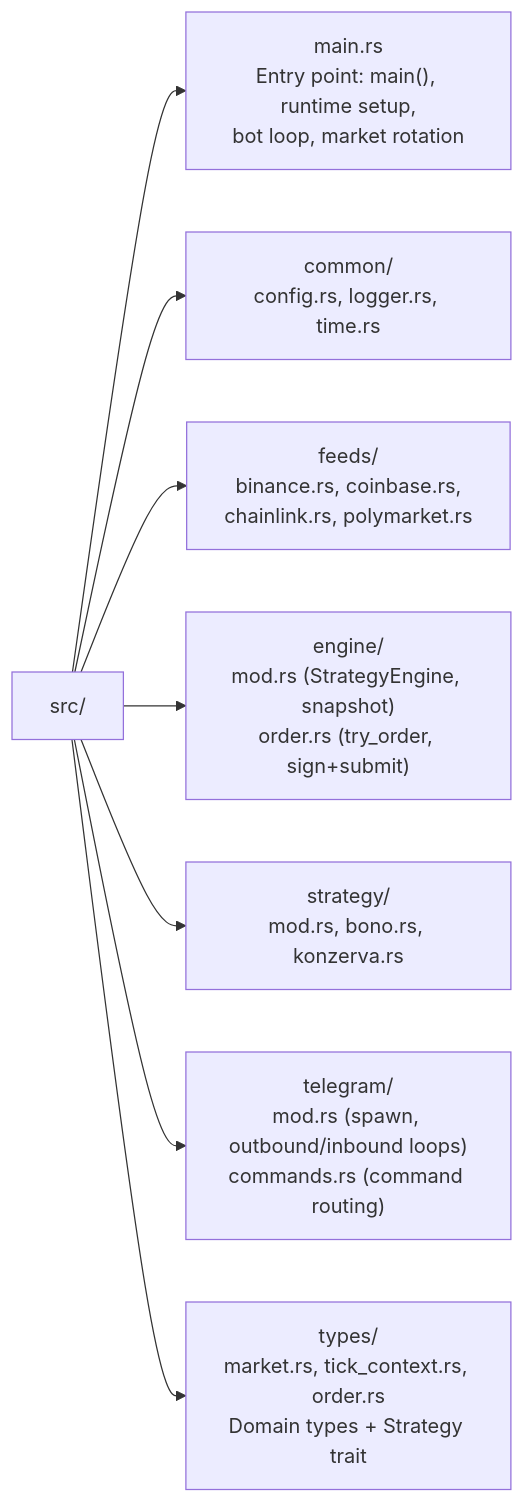
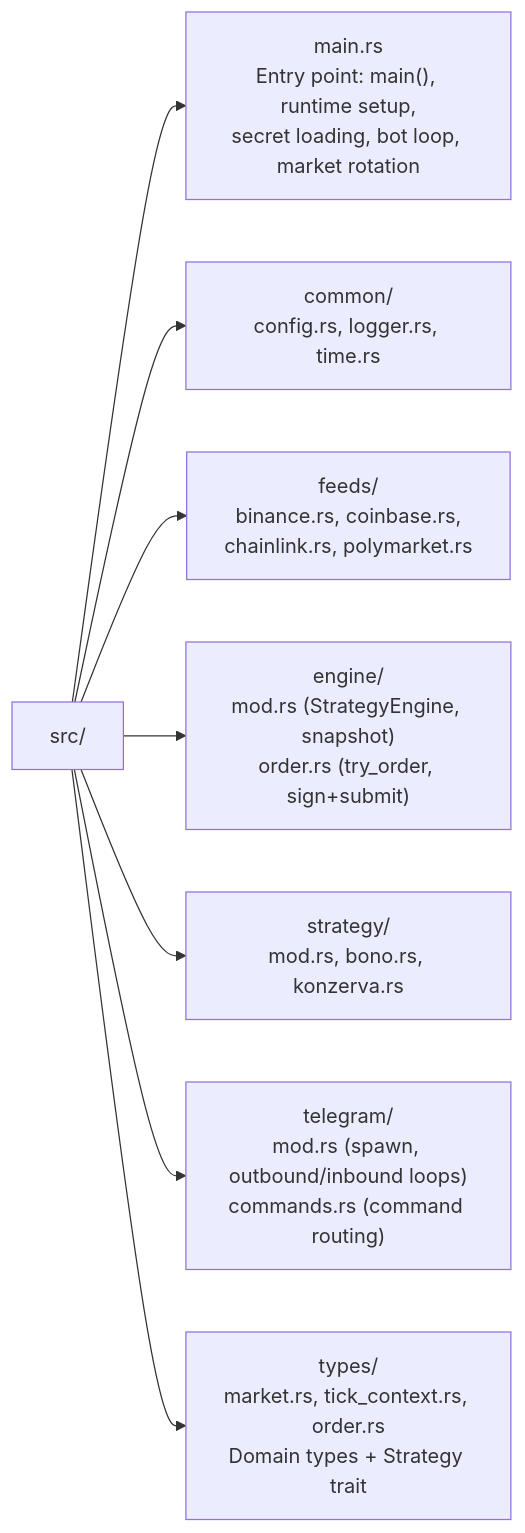
The second of 3 diagrams in docs/ARCHITECTURE.md (bbono/serekes), drawn with Mermaid before and after one commit. The commit also changed other lines of this file and 1 other file, not shown here.

````diff
--- a/docs/ARCHITECTURE.md
+++ b/docs/ARCHITECTURE.md
@@ -60,10 +61,10 @@
 ```mermaid
 graph LR
-    SRC["src/"] --> MAIN["main.rs<br/>Entry point: main(), runtime setup,<br/>bot loop, market rotation"]
+    SRC["src/"] --> MAIN["main.rs<br/>Entry point: main(), runtime setup,<br/>secret loading, bot loop, market rotation"]
     SRC --> COMMON["common/<br/>config.rs, logger.rs, time.rs"]
     SRC --> FEEDS["feeds/<br/>binance.rs, coinbase.rs,<br/>chainlink.rs, polymarket.rs"]
     SRC --> ENG["engine/<br/>mod.rs (StrategyEngine, snapshot)<br/>order.rs (try_order, sign+submit)"]
     SRC --> STRAT["strategy/<br/>mod.rs, bono.rs, konzerva.rs"]
     SRC --> TG["telegram/<br/>mod.rs (spawn, outbound/inbound loops)<br/>commands.rs (command routing)"]
     SRC --> TYP["types/<br/>market.rs, tick_context.rs, order.rs<br/>Domain types + Strategy trait"]
 ```
````
